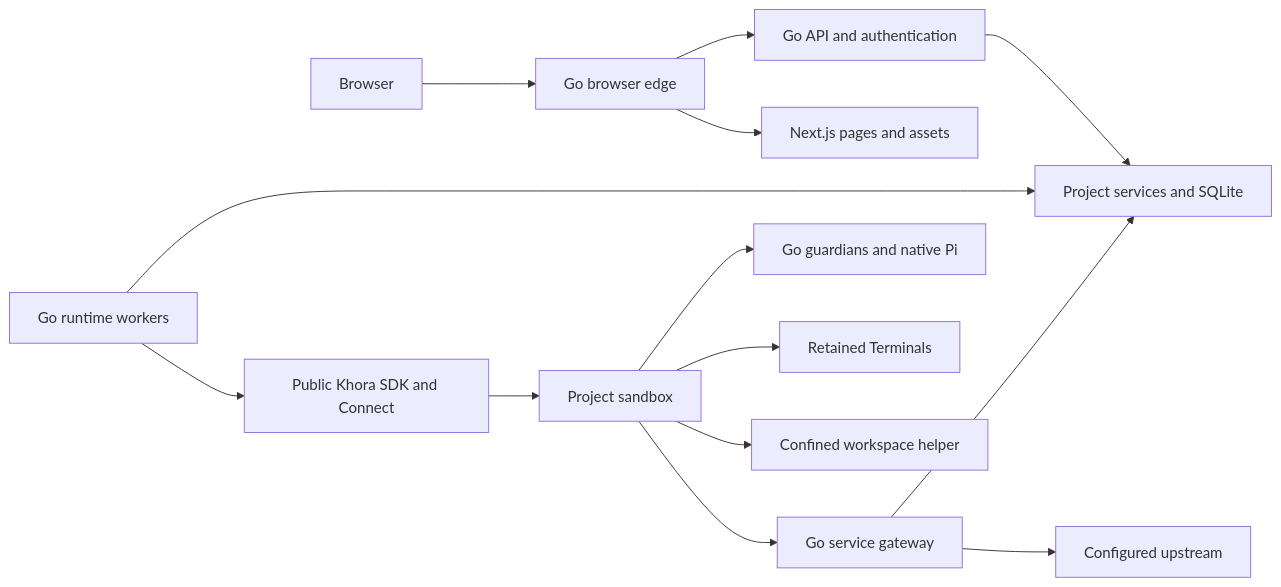
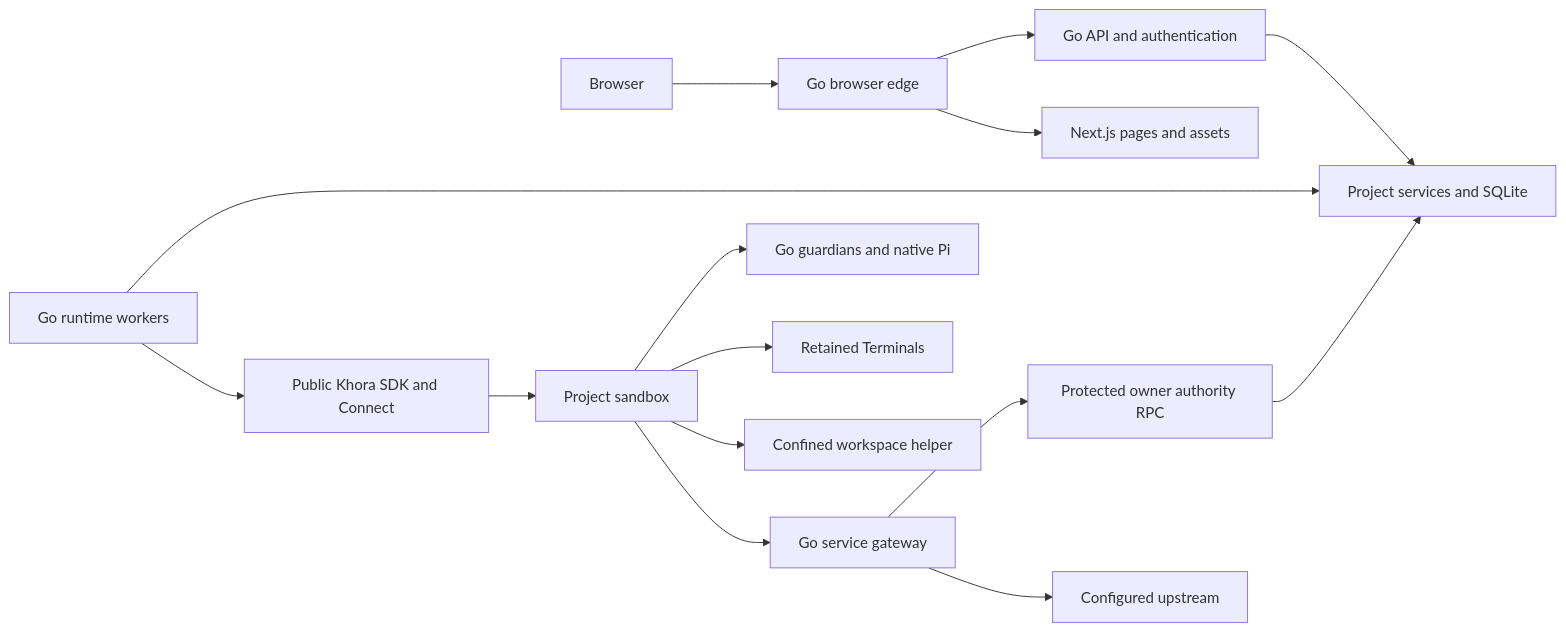
One commit to TSHOGX/aster changed the diagram in docs/architecture.md. Above: the diagram before and after it, drawn with Mermaid. The commit also changed other lines of this file and 27 other files, not shown here.

Commit message:
feat(gateway)!: separate serving from the application owner

````diff
--- a/docs/architecture.md
+++ b/docs/architecture.md
@@ -9,16 +10,17 @@
 ```mermaid
 flowchart LR
   Browser --> Edge[Go browser edge]
   Edge --> API[Go API and authentication]
   Edge --> Next[Next.js pages and assets]
   API --> Product[Project services and SQLite]
   Workers[Go runtime workers] --> Product
   Workers --> SDK[Public Khora SDK and Connect]
   SDK --> Project[Project sandbox]
   Project --> Agents[Go guardians and native Pi]
   Project --> PTY[Retained Terminals]
   Project --> Files[Confined workspace helper]
   Project --> Gateway[Go service gateway]
-  Gateway --> Product
+  Gateway --> Authority[Protected owner authority RPC]
+  Authority --> Product
   Gateway --> Model[Configured upstream]
 ```
````
